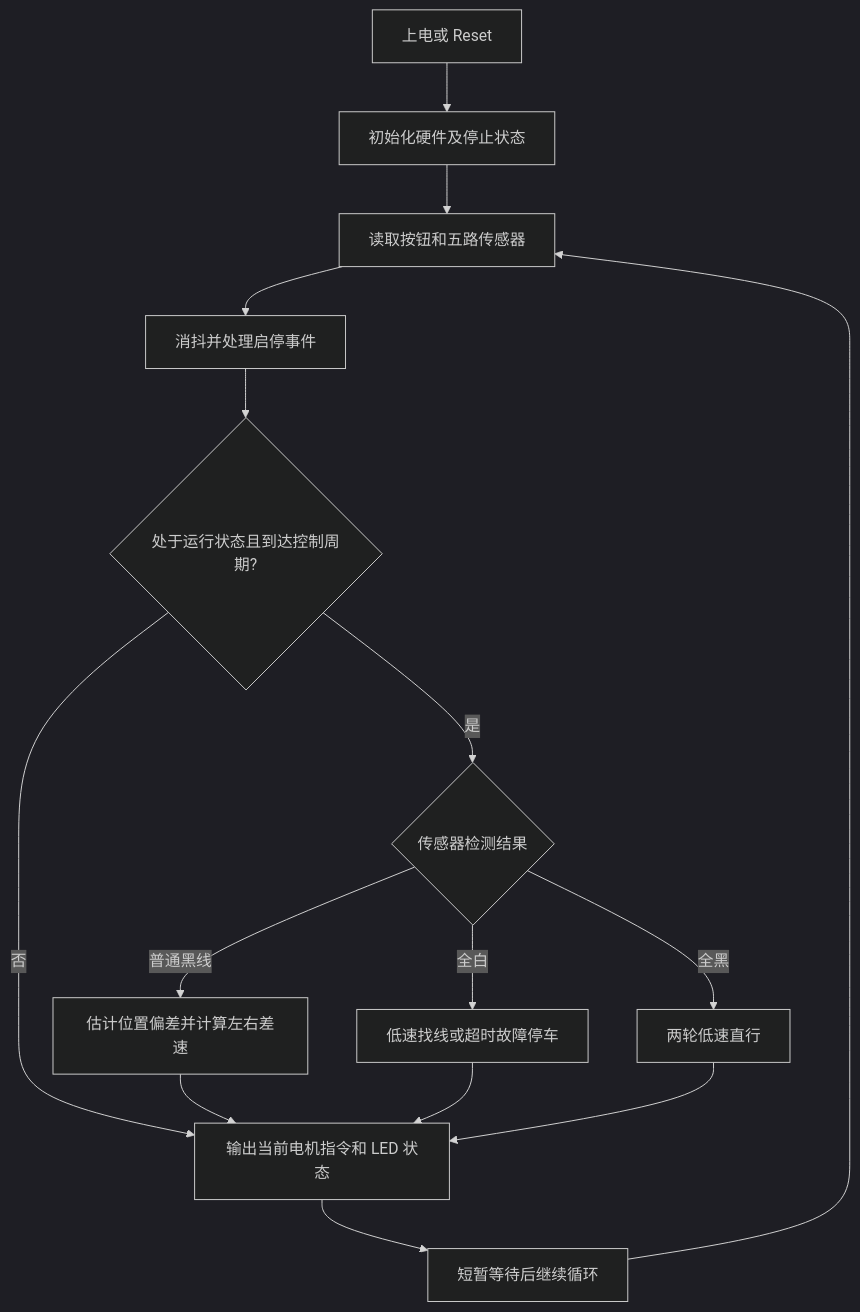
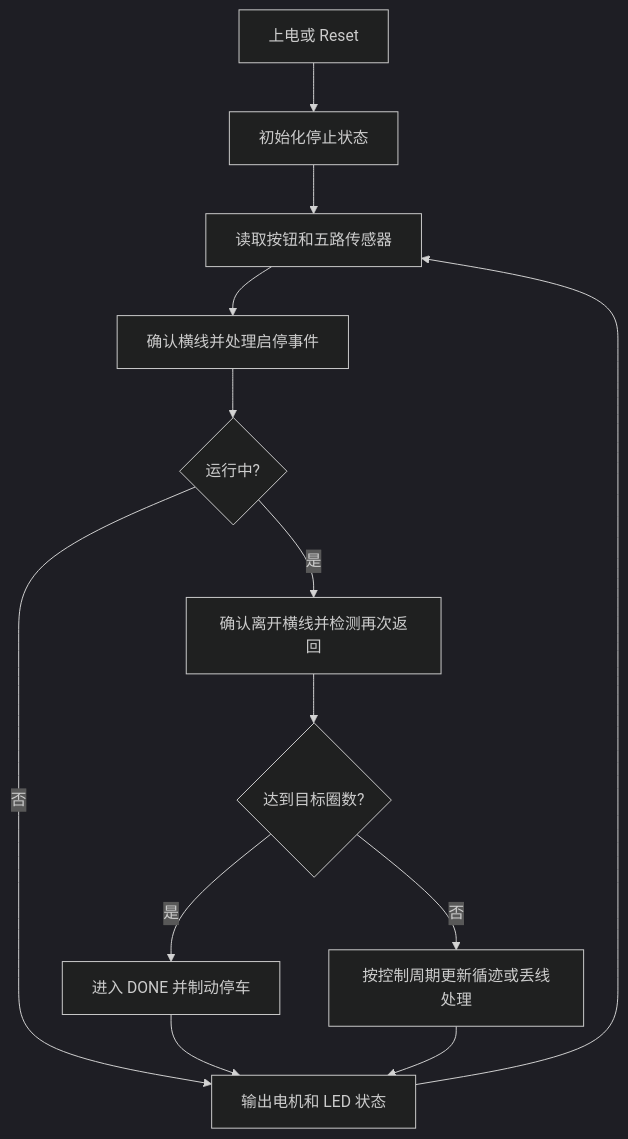
One commit to yixiuni/car-02- changed the diagram in README.md. Above: the diagram before and after it, drawn with Mermaid (dark theme). The commit also changed other lines of this file and 16 other files, not shown here.

````diff
--- a/README.md
+++ b/README.md
@@ -184,17 +208,15 @@
 ```mermaid
 flowchart TD
-    A[上电或 Reset] --> B[初始化硬件及停止状态]
+    A[上电或 Reset] --> B[初始化停止状态]
     B --> C[读取按钮和五路传感器]
-    C --> D[消抖并处理启停事件]
-    D --> E{处于运行状态且到达控制周期?}
-    E -- 否 --> J[输出当前电机指令和 LED 状态]
-    E -- 是 --> F{传感器检测结果}
-    F -- 普通黑线 --> G[估计位置偏差并计算左右差速]
-    F -- 全白 --> H[低速找线或超时故障停车]
-    F -- 全黑 --> I[两轮低速直行]
-    G --> J
+    C --> D[确认横线并处理启停事件]
+    D --> E{运行中?}
+    E -- 否 --> J[输出电机和 LED 状态]
+    E -- 是 --> F[确认离开横线并检测再次返回]
+    F --> G{达到目标圈数?}
+    G -- 是 --> H[进入 DONE 并制动停车]
+    G -- 否 --> I[按控制周期更新循迹或丢线处理]
     H --> J
     I --> J
-    J --> K[短暂等待后继续循环]
-    K --> C
+    J --> C
 ```
````
